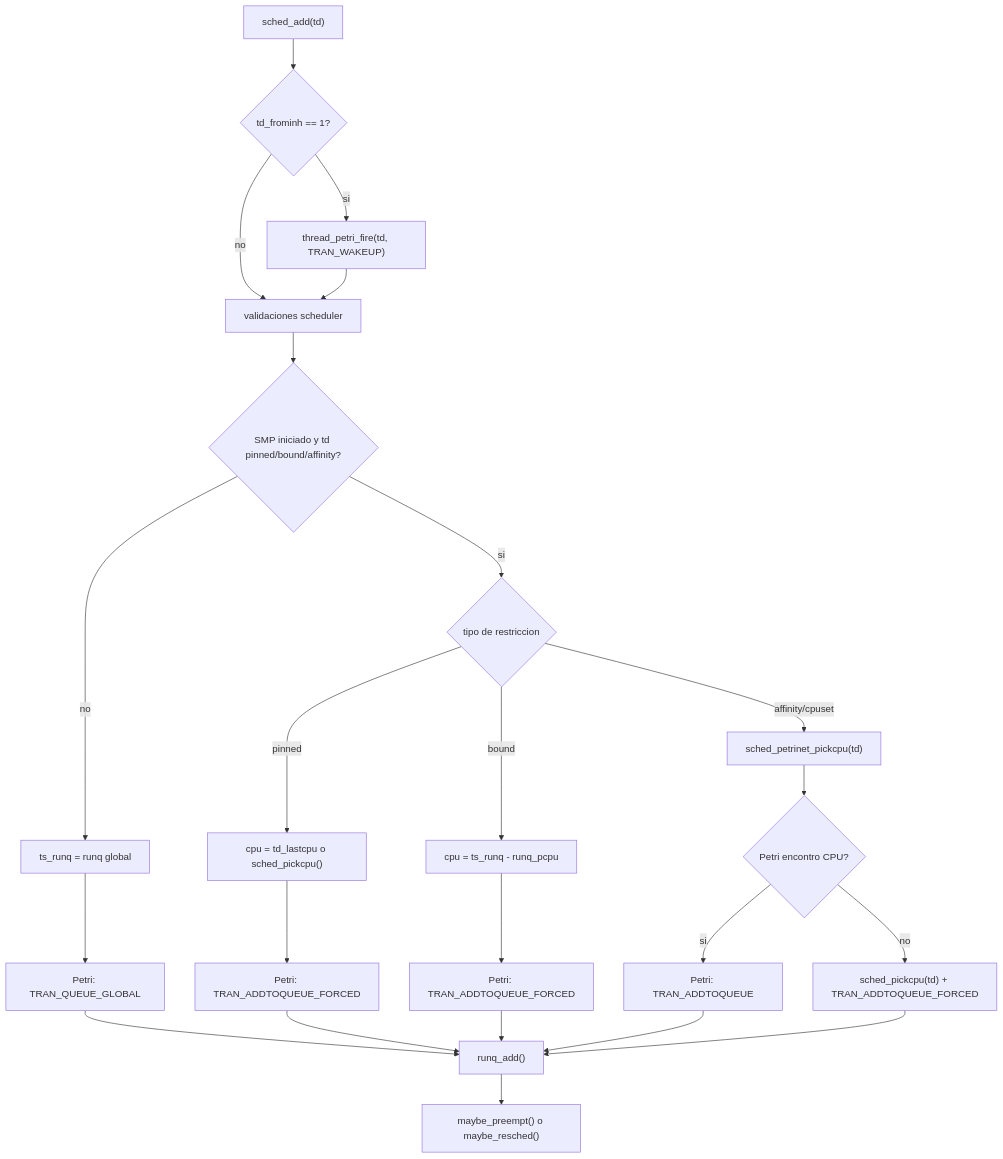
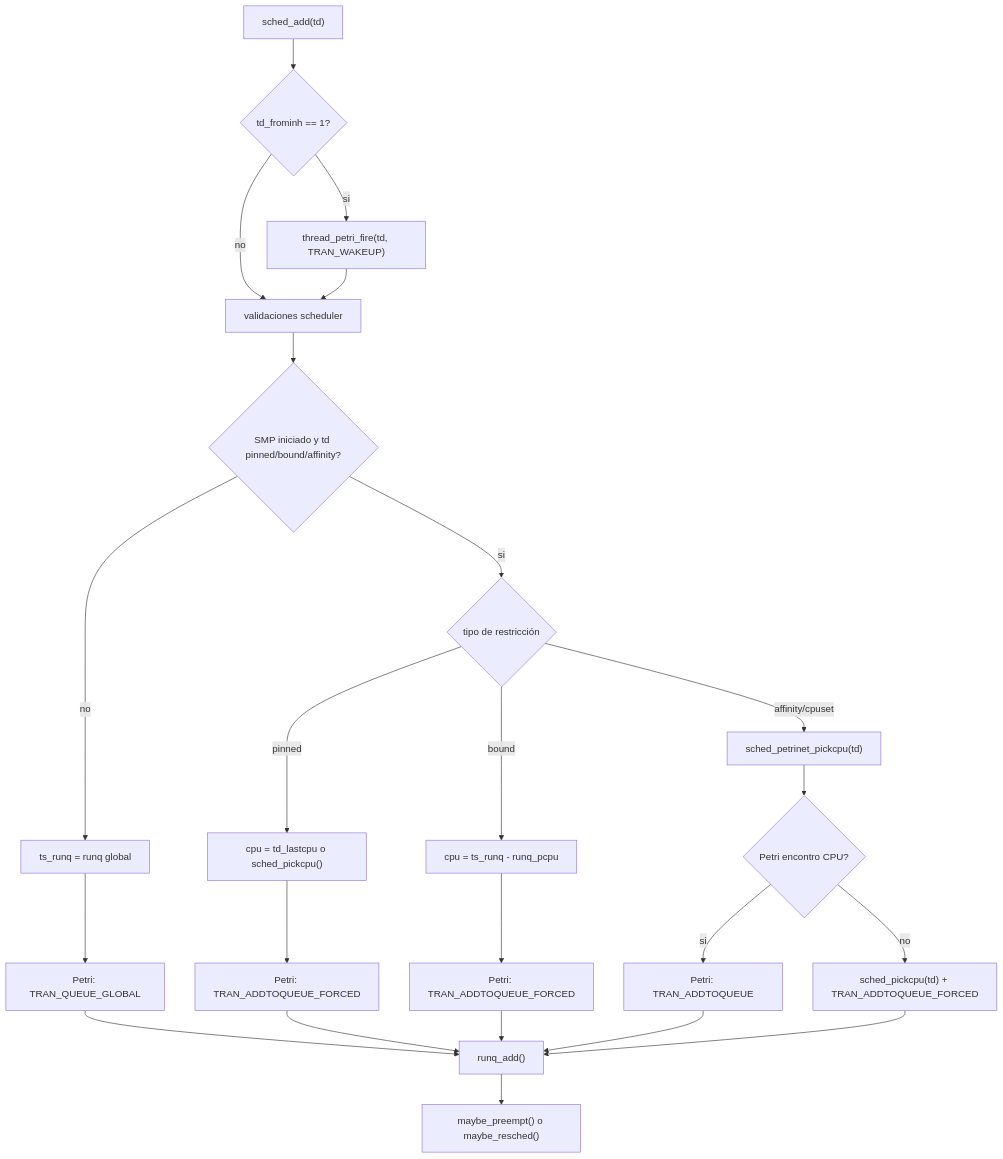
Before and after one commit to drudilea/free-bsd-scheduler: the third of 8 diagrams in project_files/migration_files/port-main/00-scheduler.md, drawn with Mermaid. The commit also changed other lines of this file and 7 other files, not shown here.

````diff
--- a/project_files/migration_files/port-main/00-scheduler.md
+++ b/project_files/migration_files/port-main/00-scheduler.md
@@ -208,30 +208,30 @@
 ```mermaid
 flowchart TD
     A["sched_add(td)"] --> B{"td_frominh == 1?"}
     B -- "si" --> BW["thread_petri_fire(td, TRAN_WAKEUP)"]
     B -- "no" --> C["validaciones scheduler"]
     BW --> C
 
     C --> D{"SMP iniciado y td pinned/bound/affinity?"}
     D -- "no" --> G["ts_runq = runq global"]
     G --> GP["Petri: TRAN_QUEUE_GLOBAL"]
 
-    D -- "si" --> E{"tipo de restriccion"}
+    D -- "si" --> E{"tipo de restricción"}
     E -- "pinned" --> P["cpu = td_lastcpu o sched_pickcpu()"]
     P --> PF["Petri: TRAN_ADDTOQUEUE_FORCED"]
 
     E -- "bound" --> Q["cpu = ts_runq - runq_pcpu"]
     Q --> QF["Petri: TRAN_ADDTOQUEUE_FORCED"]
 
     E -- "affinity/cpuset" --> R["sched_petrinet_pickcpu(td)"]
     R --> S{"Petri encontro CPU?"}
     S -- "si" --> SP["Petri: TRAN_ADDTOQUEUE"]
     S -- "no" --> SF["sched_pickcpu(td) + TRAN_ADDTOQUEUE_FORCED"]
 
     GP --> ADD["runq_add()"]
     PF --> ADD
     QF --> ADD
     SP --> ADD
     SF --> ADD
     ADD --> PRE["maybe_preempt() o maybe_resched()"]
 ```
````
